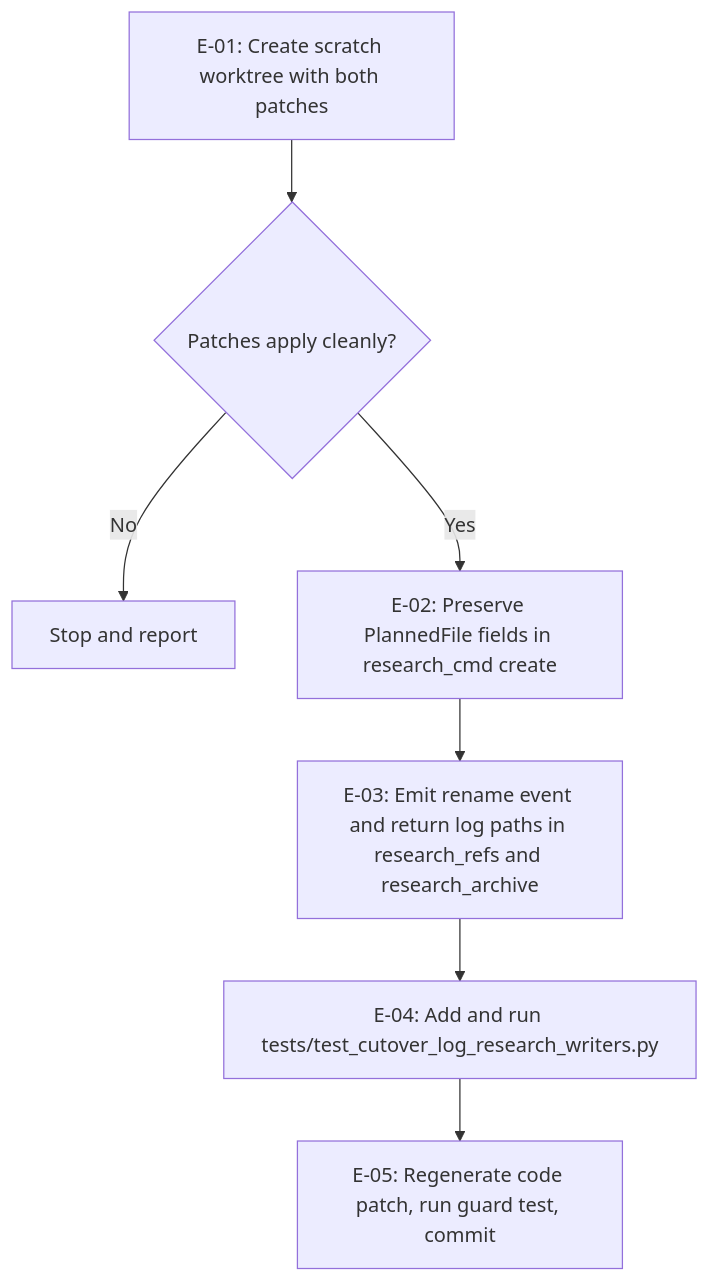
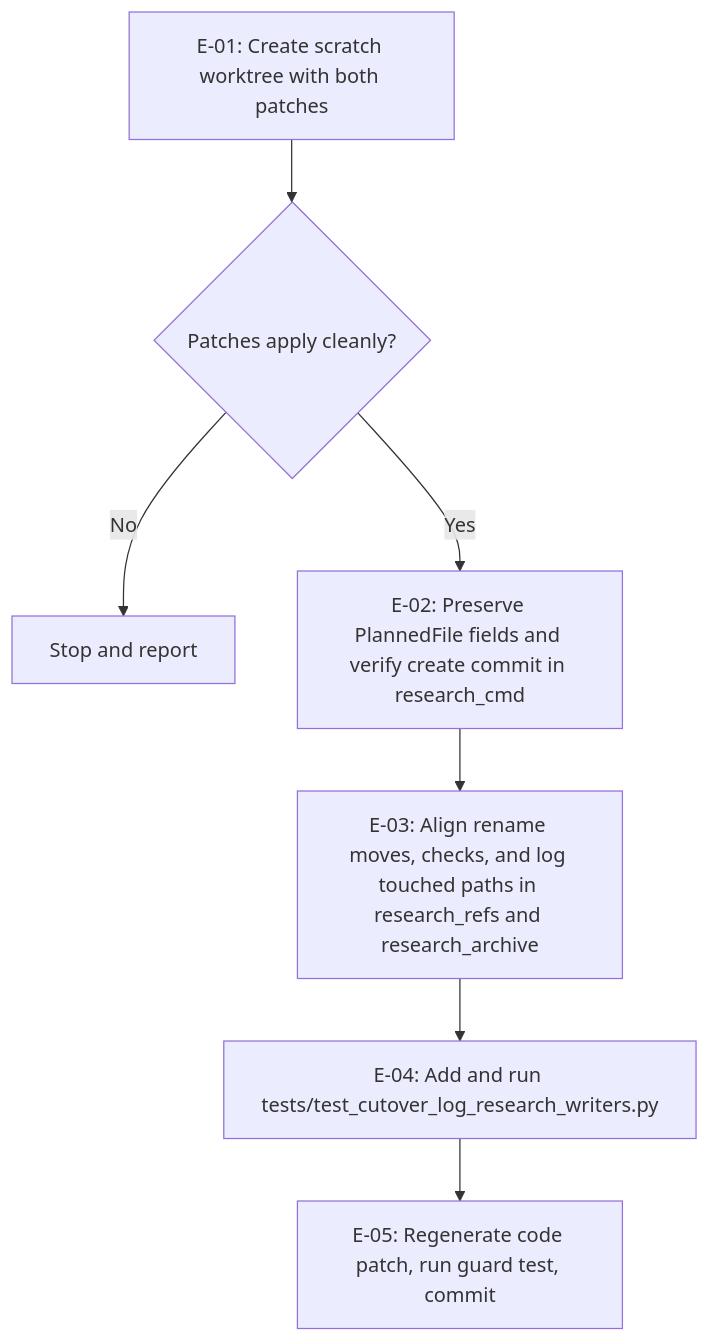
One commit to fariello/agent-workflows changed the diagram in .aw/records/plans/pending/20261126-metastore-320-lec341-make-research-cmd-create-research-refs-renames-and-research.ipd.md. Above: the diagram before and after it, drawn with Mermaid. The commit also changed other lines of this file and 1 other file, not shown here.

````diff
--- a/.aw/records/plans/pending/20261126-metastore-320-lec341-make-research-cmd-create-research-refs-renames-and-research.ipd.md
+++ b/.aw/records/plans/pending/20261126-metastore-320-lec341-make-research-cmd-create-research-refs-renames-and-research.ipd.md
@@ -100,9 +111,9 @@
 ```mermaid
 flowchart TD
     E01["E-01: Create scratch worktree with both patches"] --> P{Patches apply cleanly?}
     P -->|No| STOP["Stop and report"]
-    P -->|Yes| E02["E-02: Preserve PlannedFile fields in research_cmd create"]
-    E02 --> E03["E-03: Emit rename event and return log paths in research_refs and research_archive"]
+    P -->|Yes| E02["E-02: Preserve PlannedFile fields and verify create commit in research_cmd"]
+    E02 --> E03["E-03: Align rename moves, checks, and log touched paths in research_refs and research_archive"]
     E03 --> E04["E-04: Add and run tests/test_cutover_log_research_writers.py"]
     E04 --> E05["E-05: Regenerate code patch, run guard test, commit"]
 ```
````
